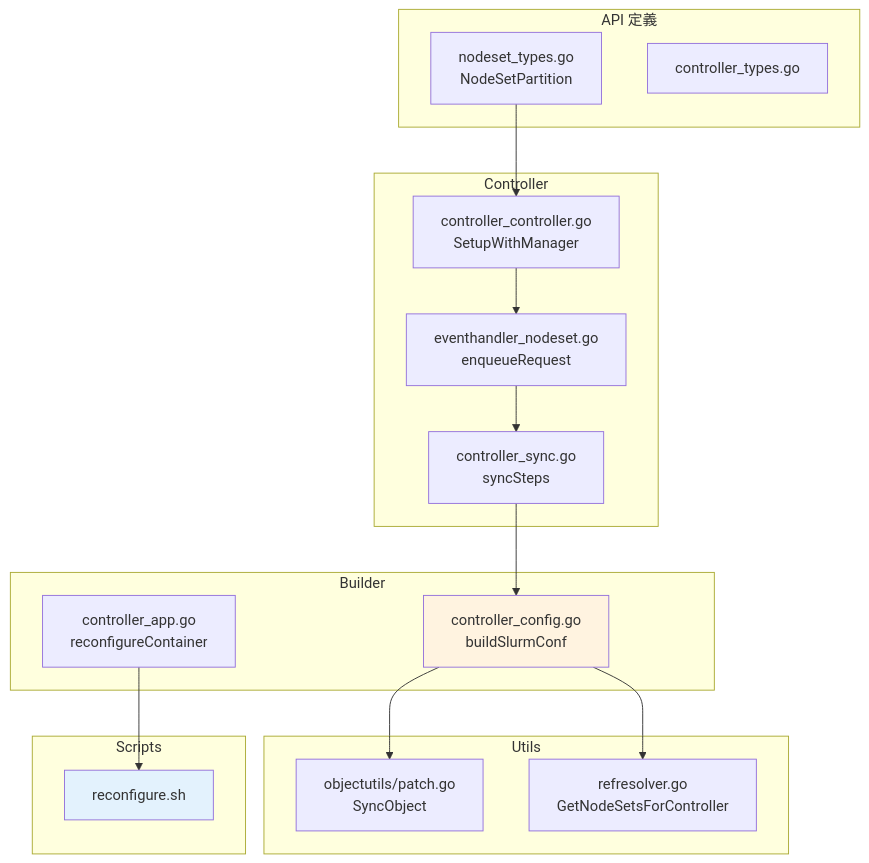
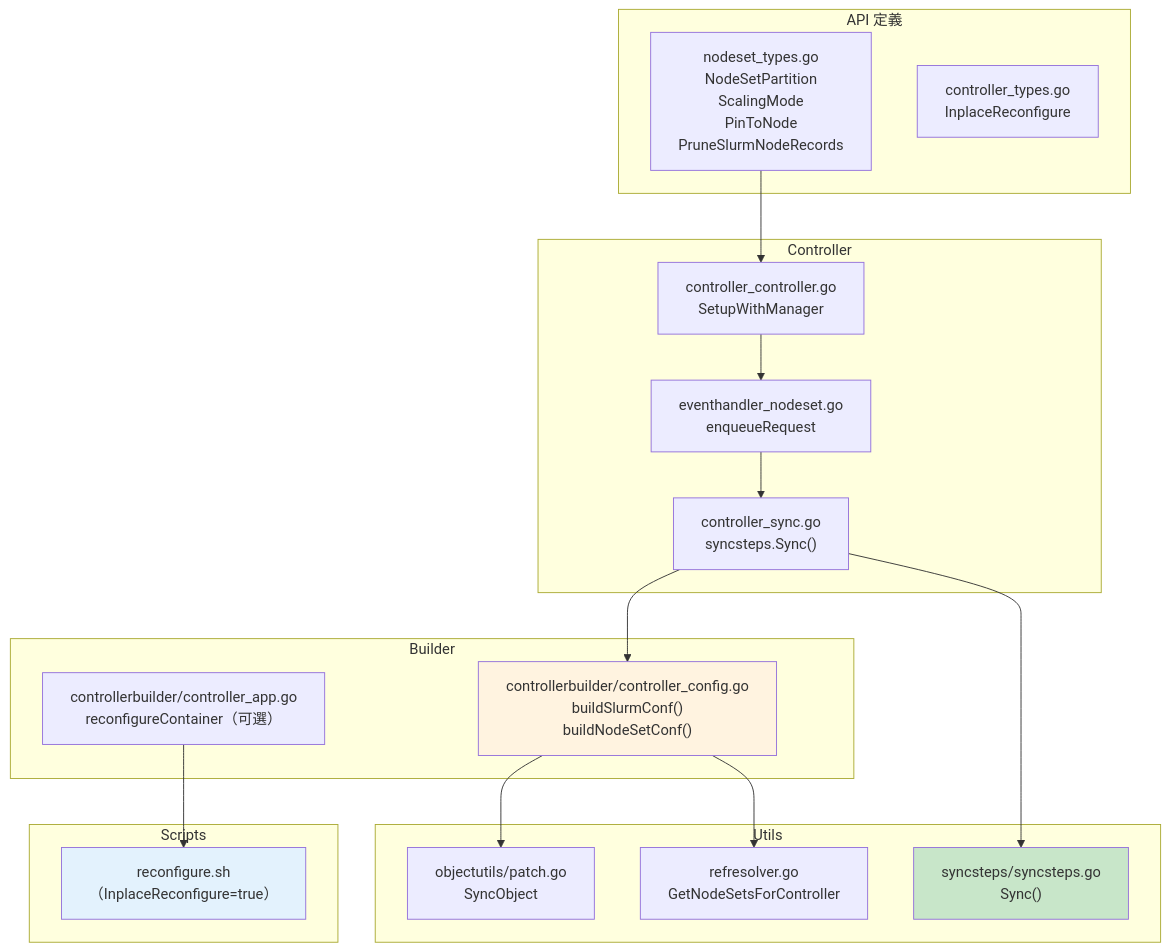
The diagram in _bmad-output/nodeset-partition/reference/source-code-index.md (pichiu/slurm-operator), drawn with Mermaid before and after one commit. The commit also changed other lines of this file and 6 other files, not shown here.

First line of the commit message:
docs: update nodeset-partition docs to reflect v1.1+ code changes

````diff
--- a/_bmad-output/nodeset-partition/reference/source-code-index.md
+++ b/_bmad-output/nodeset-partition/reference/source-code-index.md
@@ -104,38 +121,41 @@
 ```mermaid
 flowchart TD
     subgraph api["API 定義"]
-        NT["nodeset_types.go<br/>NodeSetPartition"]
-        CT["controller_types.go"]
+        NT["nodeset_types.go<br/>NodeSetPartition<br/>ScalingMode<br/>PinToNode<br/>PruneSlurmNodeRecords"]
+        CT["controller_types.go<br/>InplaceReconfigure"]
     end
 
     subgraph controller["Controller"]
         CC["controller_controller.go<br/>SetupWithManager"]
-        CS["controller_sync.go<br/>syncSteps"]
+        CS["controller_sync.go<br/>syncsteps.Sync()"]
         EH["eventhandler_nodeset.go<br/>enqueueRequest"]
     end
 
     subgraph builder["Builder"]
-        BC["controller_config.go<br/>buildSlurmConf"]
-        BA["controller_app.go<br/>reconfigureContainer"]
+        BC["controllerbuilder/controller_config.go<br/>buildSlurmConf()<br/>buildNodeSetConf()"]
+        BA["controllerbuilder/controller_app.go<br/>reconfigureContainer（可選）"]
     end
 
     subgraph utils["Utils"]
         OU["objectutils/patch.go<br/>SyncObject"]
         RR["refresolver.go<br/>GetNodeSetsForController"]
+        SS["syncsteps/syncsteps.go<br/>Sync()"]
     end
 
     subgraph scripts["Scripts"]
-        RS["reconfigure.sh"]
+        RS["reconfigure.sh（InplaceReconfigure=true）"]
     end
 
     NT --> CC
     CC --> EH
     EH --> CS
+    CS --> SS
     CS --> BC
     BC --> RR
     BC --> OU
     BA --> RS
 
     style BC fill:#fff3e0
     style RS fill:#e3f2fd
+    style SS fill:#c8e6c9
 ```
````
